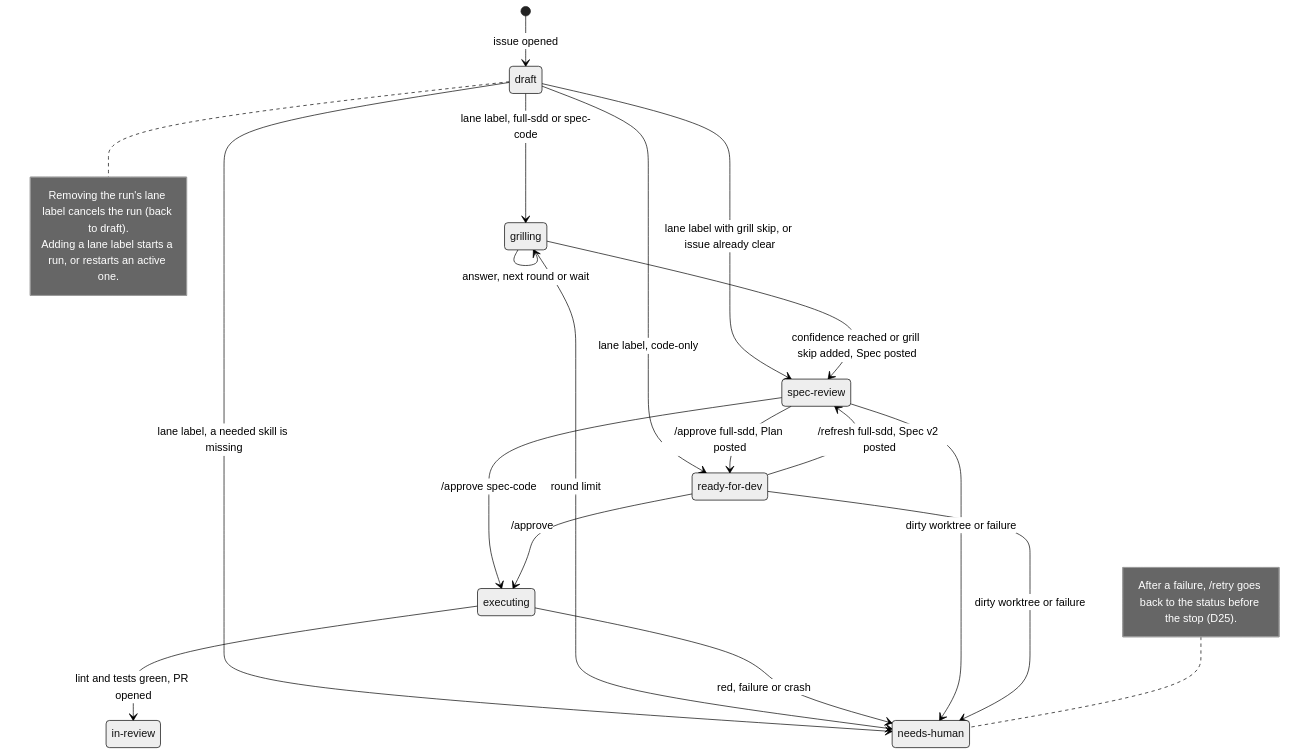
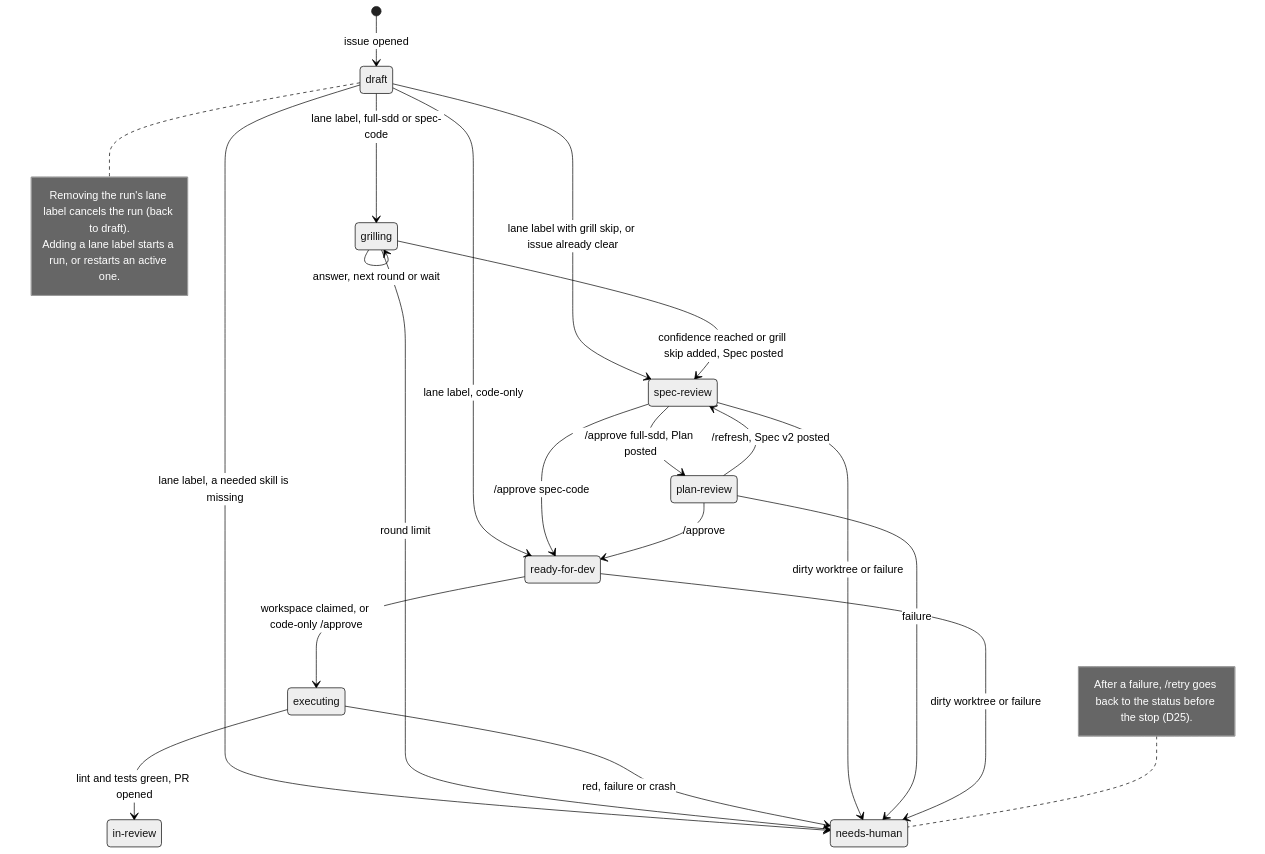
The diagram in docs/specs/spec-github-agent-architecture-overview.md (Hugoer/sdd-agent), drawn with Mermaid (neutral theme) before and after one commit. The commit also changed other lines of this file and 8 other files, not shown here.

First line of the commit message:
docs: spec 13 (bot-feedback) approved: the working sign and status: plan-review

````diff
--- a/docs/specs/spec-github-agent-architecture-overview.md
+++ b/docs/specs/spec-github-agent-architecture-overview.md
@@ -511,36 +523,39 @@
 ```mermaid
 stateDiagram-v2
     state "draft" as draft
     state "grilling" as grilling
     state "spec-review" as specReview
+    state "plan-review" as planReview
     state "ready-for-dev" as readyForDev
     state "executing" as executing
     state "in-review" as inReview
     state "needs-human" as needsHuman
 
     [*] --> draft: issue opened
     draft --> grilling: lane label, full-sdd or spec-code
     draft --> specReview: lane label with grill skip, or issue already clear
     draft --> readyForDev: lane label, code-only
     draft --> needsHuman: lane label, a needed skill is missing
     grilling --> grilling: answer, next round or wait
     grilling --> specReview: confidence reached or grill skip added, Spec posted
     grilling --> needsHuman: round limit
-    specReview --> readyForDev: /approve full-sdd, Plan posted
-    specReview --> executing: /approve spec-code
-    readyForDev --> executing: /approve
-    readyForDev --> specReview: /refresh full-sdd, Spec v2 posted
+    specReview --> planReview: /approve full-sdd, Plan posted
+    specReview --> readyForDev: /approve spec-code
+    planReview --> readyForDev: /approve
+    readyForDev --> executing: workspace claimed, or code-only /approve
+    planReview --> specReview: /refresh, Spec v2 posted
     executing --> inReview: lint and tests green, PR opened
     executing --> needsHuman: red, failure or crash
     specReview --> needsHuman: dirty worktree or failure
+    planReview --> needsHuman: failure
     readyForDev --> needsHuman: dirty worktree or failure
 
     note right of draft
         Removing the run's lane label cancels the run (back to draft).
         Adding a lane label starts a run, or restarts an active one.
     end note
 
     note left of needsHuman
         After a failure, /retry goes back to the status before the stop (D25).
     end note
 ```
````
